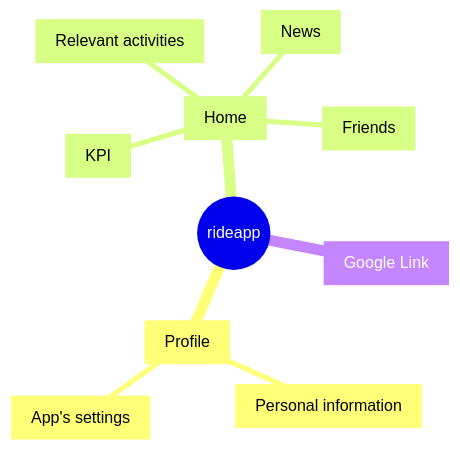
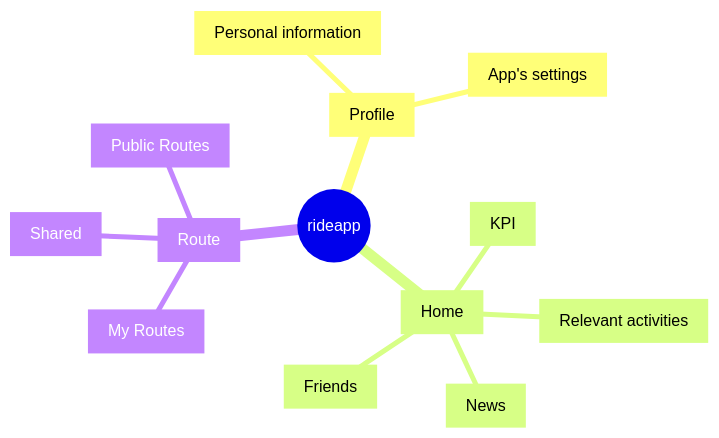
The diagram in README.md (mmoscosodcl/rideapp), drawn with Mermaid before and after one commit.

Commit message:
Updated README for first mockup

````diff
--- a/README.md
+++ b/README.md
@@ -5,13 +5,16 @@
 ```mermaid
 mindmap
   root((rideapp))
     A[Profile]
       A1[Personal information]
       A2[App's settings]
     B[Home]
       B1[KPI]
       B2[Relevant activities]
       B3[News]
       B4[Friends]
-    C[Google Link]
+    C[Route]
+      B1[My Routes]
+      B2[Shared]
+      B3[Public Routes] 
 ```
````
